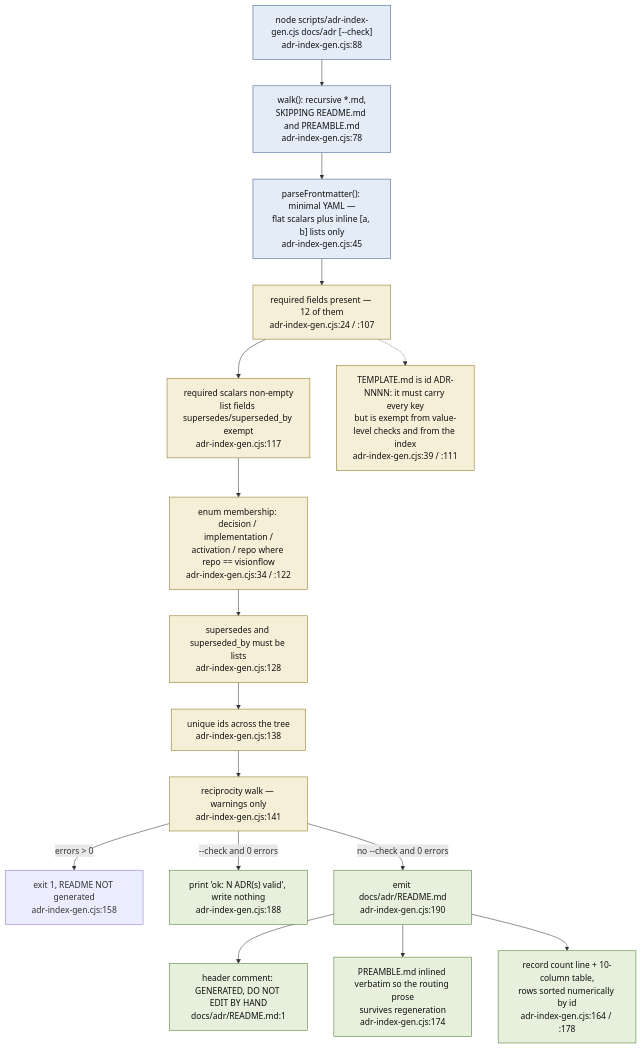
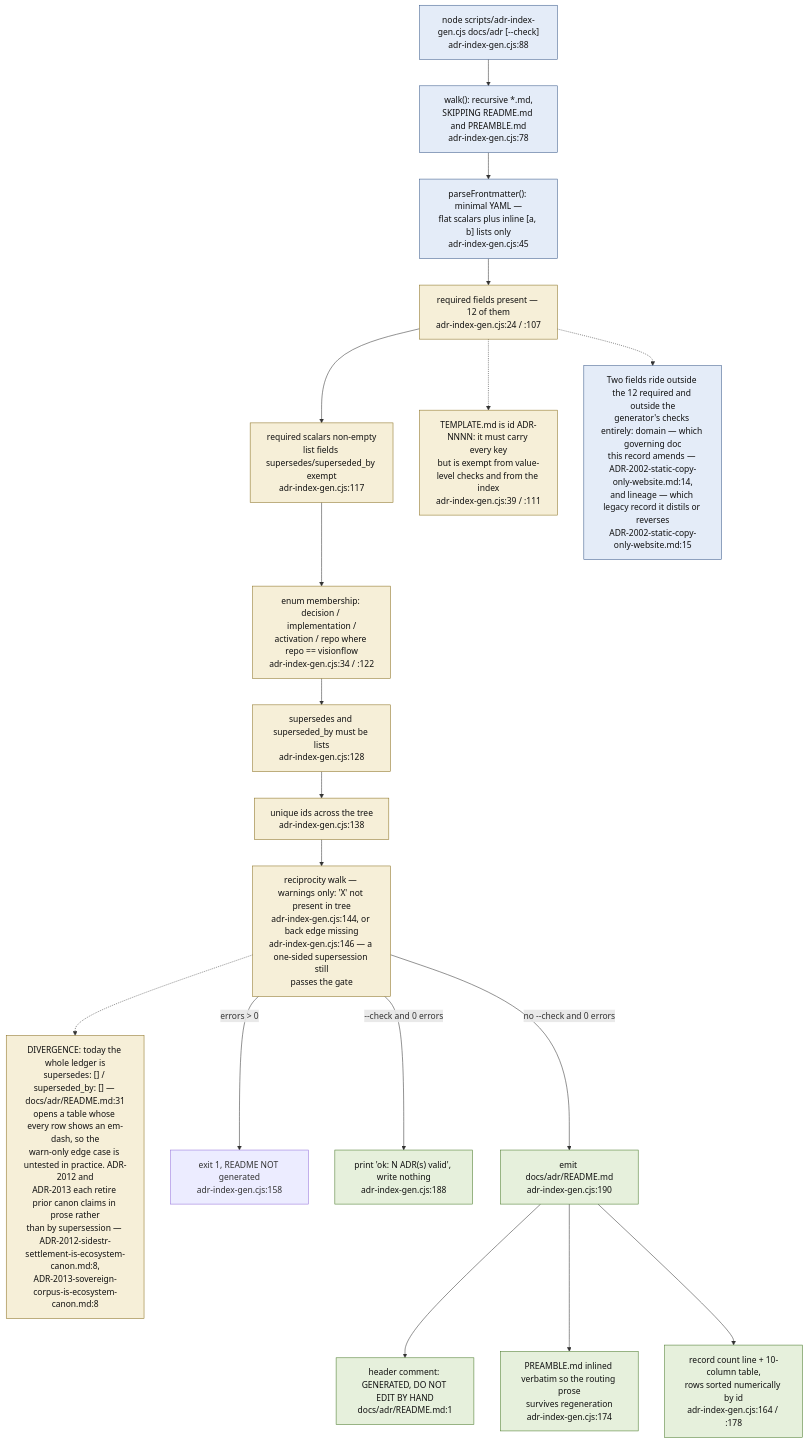
Before and after one commit to DreamLab-AI/VisionFlow: the fourth of 11 diagrams in docs/diagrams/visionflow/01-repo-composition-and-canon.md, drawn with Mermaid. The commit also changed other lines of this file and 136 other files, not shown here.

First line of the commit message:
docs(diagrams): refresh the whole corpus to code HEAD and prune low-value diagrams

````diff
--- a/docs/diagrams/visionflow/01-repo-composition-and-canon.md
+++ b/docs/diagrams/visionflow/01-repo-composition-and-canon.md
@@ -211,28 +170,34 @@
 ```mermaid
 flowchart TB
     classDef io fill:#e4ecf8,stroke:#3a5a8a,color:#111
     classDef check fill:#f6efd8,stroke:#8a7020,color:#111
     classDef out fill:#e6f0dc,stroke:#4a7a2a,color:#111
 
     CLI["node scripts/adr-index-gen.cjs docs/adr [--check]<br/>adr-index-gen.cjs:88"]:::io
     CLI --> WALK["walk(): recursive *.md,<br/>SKIPPING README.md and PREAMBLE.md<br/>adr-index-gen.cjs:78"]:::io
     WALK --> FM["parseFrontmatter(): minimal YAML —<br/>flat scalars plus inline [a, b] lists only<br/>adr-index-gen.cjs:45"]:::io
 
     FM --> V1["required fields present — 12 of them<br/>adr-index-gen.cjs:24 / :107"]:::check
     V1 --> V2["required scalars non-empty<br/>list fields supersedes/superseded_by exempt<br/>adr-index-gen.cjs:117"]:::check
     V2 --> V3["enum membership: decision / implementation /<br/>activation / repo where repo == visionflow<br/>adr-index-gen.cjs:34 / :122"]:::check
     V3 --> V4["supersedes and superseded_by must be lists<br/>adr-index-gen.cjs:128"]:::check
     V4 --> V5["unique ids across the tree<br/>adr-index-gen.cjs:138"]:::check
-    V5 --> V6["reciprocity walk — warnings only<br/>adr-index-gen.cjs:141"]:::check
+    V5 --> V6["reciprocity walk — warnings only: 'X' not present in tree<br/>adr-index-gen.cjs:144, or back edge missing<br/>adr-index-gen.cjs:146 — a one-sided supersession still<br/>passes the gate"]:::check
+
+    DIVERGE["DIVERGENCE: today the whole ledger is<br/>supersedes: [] / superseded_by: [] — docs/adr/README.md:31<br/>opens a table whose every row shows an em-dash, so the<br/>warn-only edge case is untested in practice. ADR-2012 and<br/>ADR-2013 each retire prior canon claims in prose rather<br/>than by supersession — ADR-2012-sidestr-settlement-is-ecosystem-canon.md:8,<br/>ADR-2013-sovereign-corpus-is-ecosystem-canon.md:8"]:::check
+    V6 -.-> DIVERGE
 
     V6 -->|"errors > 0"| FAIL["exit 1, README NOT generated<br/>adr-index-gen.cjs:158"]
     V6 -->|"--check and 0 errors"| CHECKOK["print 'ok: N ADR(s) valid', write nothing<br/>adr-index-gen.cjs:188"]:::out
     V6 -->|"no --check and 0 errors"| EMIT["emit docs/adr/README.md<br/>adr-index-gen.cjs:190"]:::out
 
     EMIT --> P1["header comment: GENERATED, DO NOT EDIT BY HAND<br/>docs/adr/README.md:1"]:::out
     EMIT --> P2["PREAMBLE.md inlined verbatim so the routing prose<br/>survives regeneration<br/>adr-index-gen.cjs:174"]:::out
     EMIT --> P3["record count line + 10-column table,<br/>rows sorted numerically by id<br/>adr-index-gen.cjs:164 / :178"]:::out
 
     EXEMPT["TEMPLATE.md is id ADR-NNNN: it must carry every key<br/>but is exempt from value-level checks and from the index<br/>adr-index-gen.cjs:39 / :111"]:::check
     V1 -.-> EXEMPT
+
+    OPT["Two fields ride outside the 12 required and outside the<br/>generator's checks entirely: domain — which governing doc<br/>this record amends — ADR-2002-static-copy-only-website.md:14,<br/>and lineage — which legacy record it distils or reverses<br/>ADR-2002-static-copy-only-website.md:15"]:::io
+    V1 -.-> OPT
 ```
````
